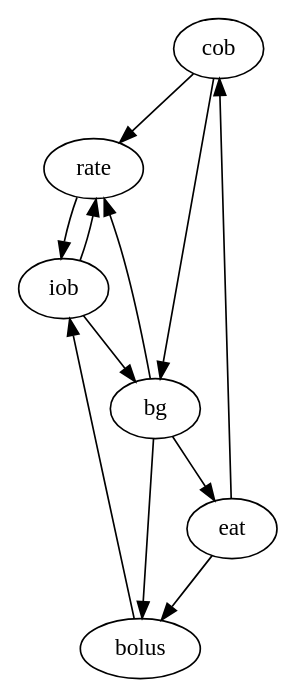
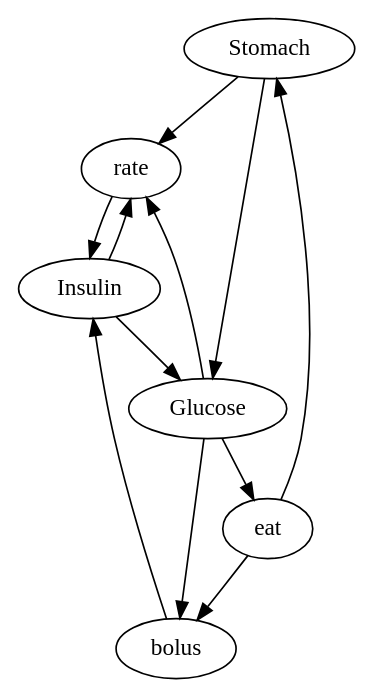
The diagram in study-2-oref0/oref0.dot (CITCOM-project/causal-cut-replication), drawn with Graphviz before and after one commit. The commit also changed 1 other file, not shown here.

```diff
--- a/study-2-oref0/oref0.dot
+++ b/study-2-oref0/oref0.dot
@@ -1,16 +1,16 @@
 digraph oref0 {
-  cob -> rate;
-  iob -> rate;
-  bg -> rate;
+  Stomach -> rate;
+  Insulin -> rate;
+  Glucose -> rate;
 
-  eat -> cob;
-  bolus -> iob;
+  eat -> Stomach;
+  bolus -> Insulin;
 
-  bg -> eat;
-  bg -> bolus;
+  Glucose -> eat;
+  Glucose -> bolus;
   eat -> bolus;
 
-  cob -> bg;
-  rate -> iob;
-  iob -> bg;
+  Stomach -> Glucose;
+  rate -> Insulin;
+  Insulin -> Glucose;
 }
```
